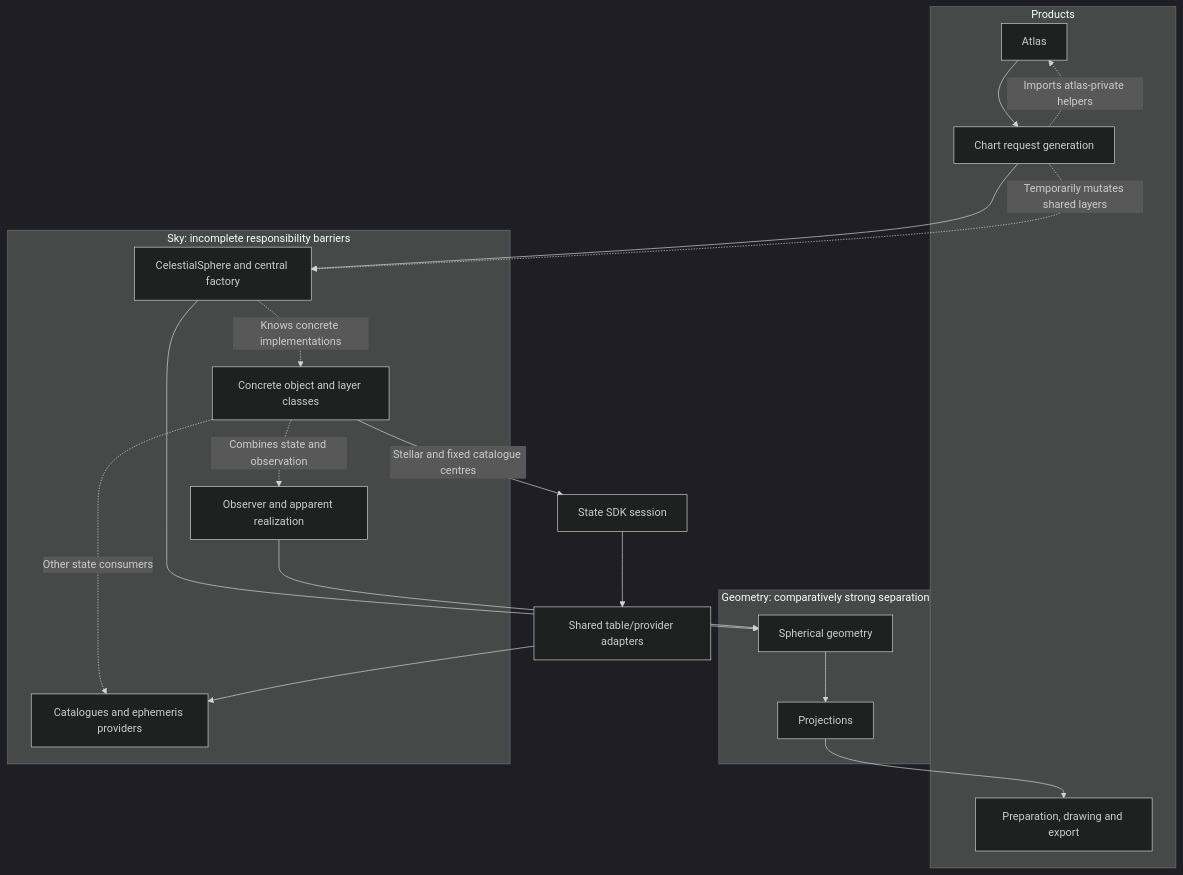
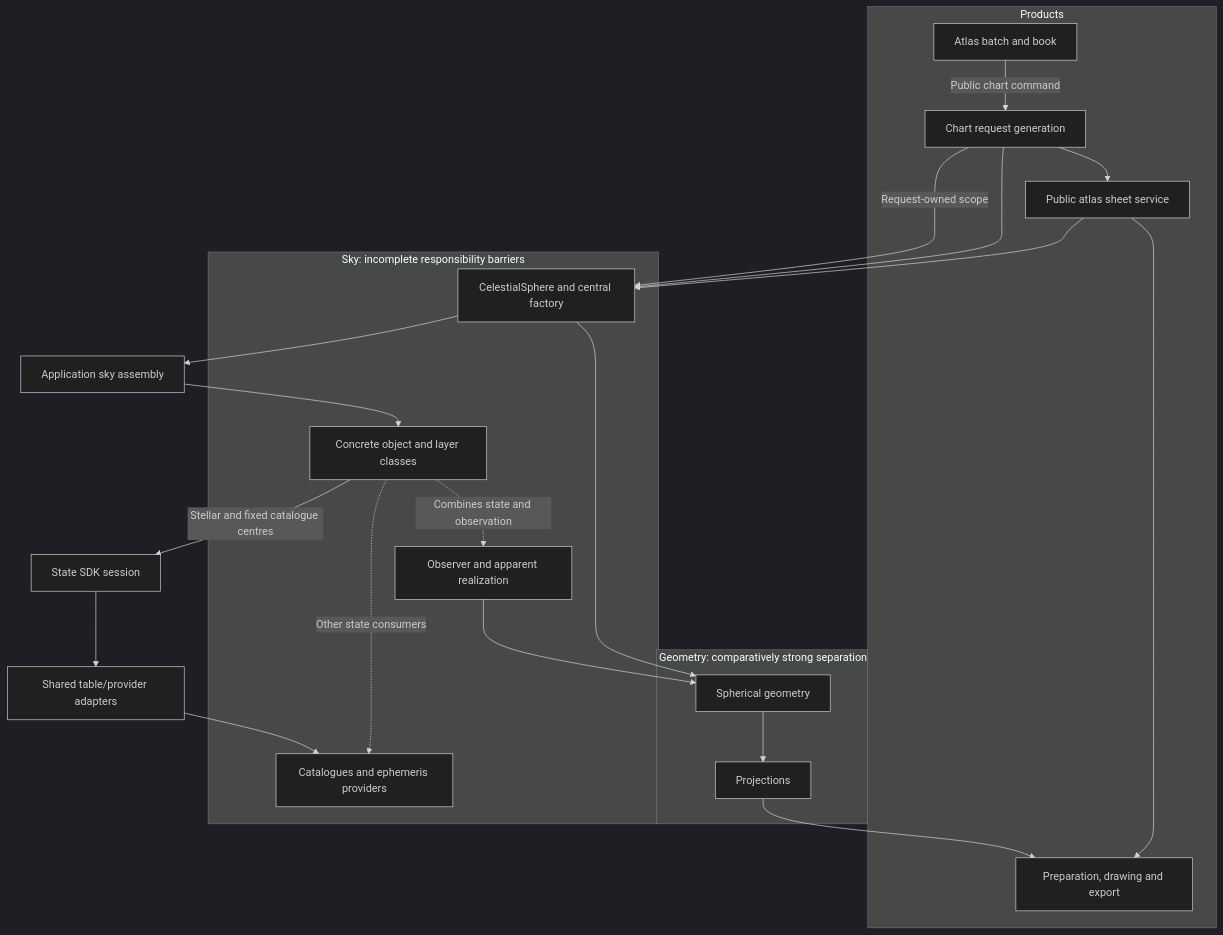
The first of 2 diagrams in docs/developer/kernel_roadmap_v0.9.5.md (fselman/wenu), drawn with Mermaid (dark theme) before and after one commit. The commit also changed other lines of this file and 16 other files, not shown here.

Commit message:
refactor: expose lower-level atlas sheet rendering contract

````diff
--- a/docs/developer/kernel_roadmap_v0.9.5.md
+++ b/docs/developer/kernel_roadmap_v0.9.5.md
@@ -143,32 +143,36 @@
 ```mermaid
 flowchart TB
     subgraph Products["Products"]
-        A["Atlas"]
+        A["Atlas batch and book"]
+        T["Public atlas sheet service"]
         C["Chart request generation"]
         R["Preparation, drawing and export"]
     end
     subgraph Geometry["Geometry: comparatively strong separation"]
         P["Projections"]
         G["Spherical geometry"]
     end
     subgraph Sky["Sky: incomplete responsibility barriers"]
         S["CelestialSphere and central factory"]
         L["Concrete object and layer classes"]
         O["Observer and apparent realization"]
         D["Catalogues and ephemeris providers"]
     end
-    A --> C
-    C -. "Imports atlas-private helpers" .-> A
+    A -->|"Public chart command"| C
+    C --> T
+    T --> S
+    T --> R
     C --> S
     S --> G
     G --> P
     P --> R
-    S -. "Knows concrete implementations" .-> L
-    C -. "Temporarily mutates shared layers" .-> S
+    S --> B["Application sky assembly"]
+    B --> L
+    C -->|"Request-owned scope"| S
     L -. "Other state consumers" .-> D
     L -->|"Stellar and fixed catalogue centres"| K["State SDK session"]
     K --> N["Shared table/provider adapters"]
     N --> D
     L -. "Combines state and observation" .-> O
     O --> G
 ```
````
